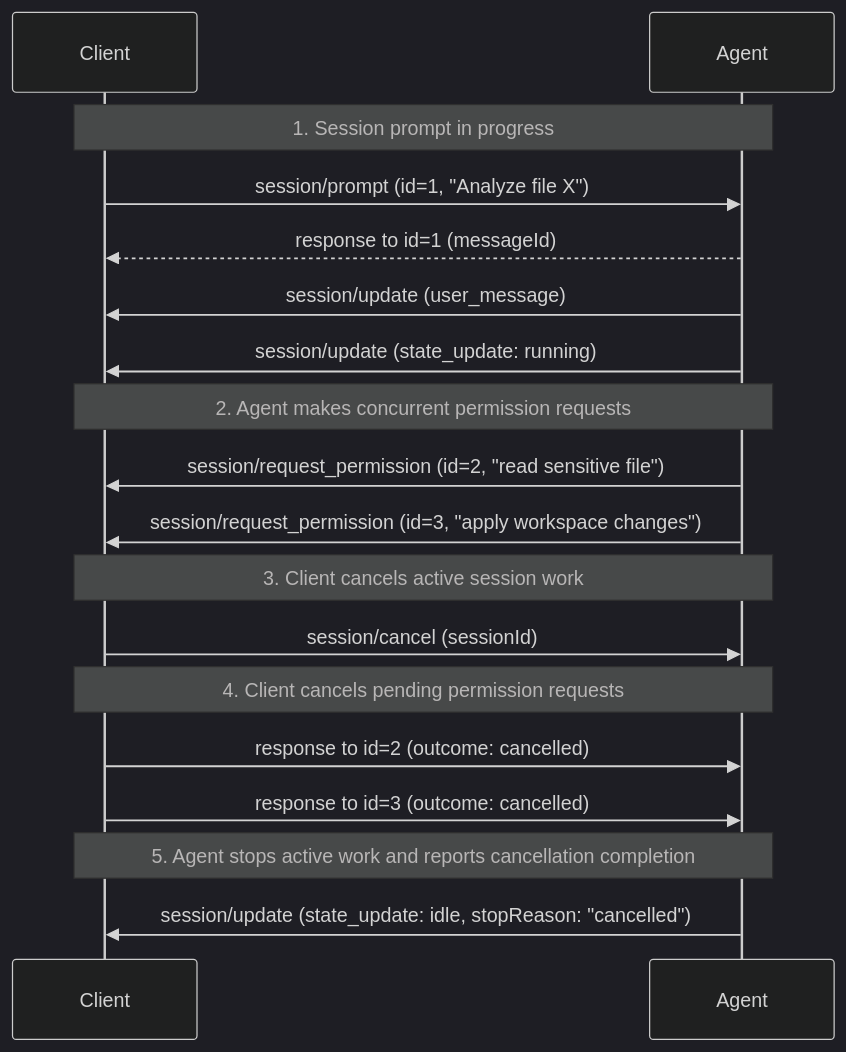
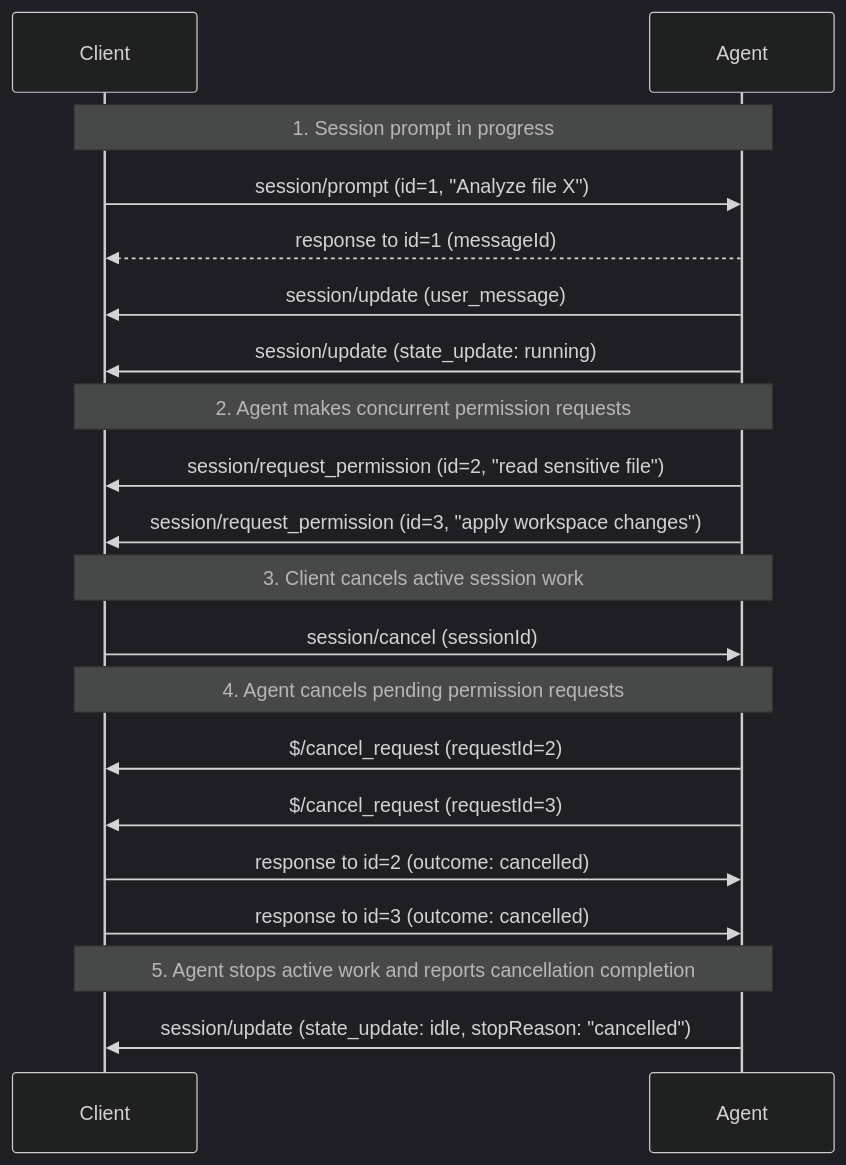
The diagram in docs/protocol/v2/cancellation.mdx (agentclientprotocol/agent-client-protocol), drawn with Mermaid (dark theme) before and after one commit. The commit also changed other lines of this file and 15 other files, not shown here.

First line of the commit message:
docs(protocol): let the Agent cancel permission requests on session/cancel in v2

````diff
--- a/docs/protocol/v2/cancellation.mdx
+++ b/docs/protocol/v2/cancellation.mdx
@@ -68,25 +65,27 @@
 ```mermaid
 sequenceDiagram
     participant Client
     participant Agent
 
     Note over Client,Agent: 1. Session prompt in progress
     Client->>Agent: session/prompt (id=1, "Analyze file X")
     Agent-->>Client: response to id=1 (messageId)
     Agent->>Client: session/update (user_message)
     Agent->>Client: session/update (state_update: running)
 
     Note over Client,Agent: 2. Agent makes concurrent permission requests
     Agent->>Client: session/request_permission (id=2, "read sensitive file")
     Agent->>Client: session/request_permission (id=3, "apply workspace changes")
 
     Note over Client,Agent: 3. Client cancels active session work
     Client->>Agent: session/cancel (sessionId)
 
-    Note over Client,Agent: 4. Client cancels pending permission requests
+    Note over Client,Agent: 4. Agent cancels pending permission requests
+    Agent->>Client: $/cancel_request (requestId=2)
+    Agent->>Client: $/cancel_request (requestId=3)
     Client->>Agent: response to id=2 (outcome: cancelled)
     Client->>Agent: response to id=3 (outcome: cancelled)
 
     Note over Client,Agent: 5. Agent stops active work and reports cancellation completion
     Agent->>Client: session/update (state_update: idle, stopReason: "cancelled")
 ```
````
